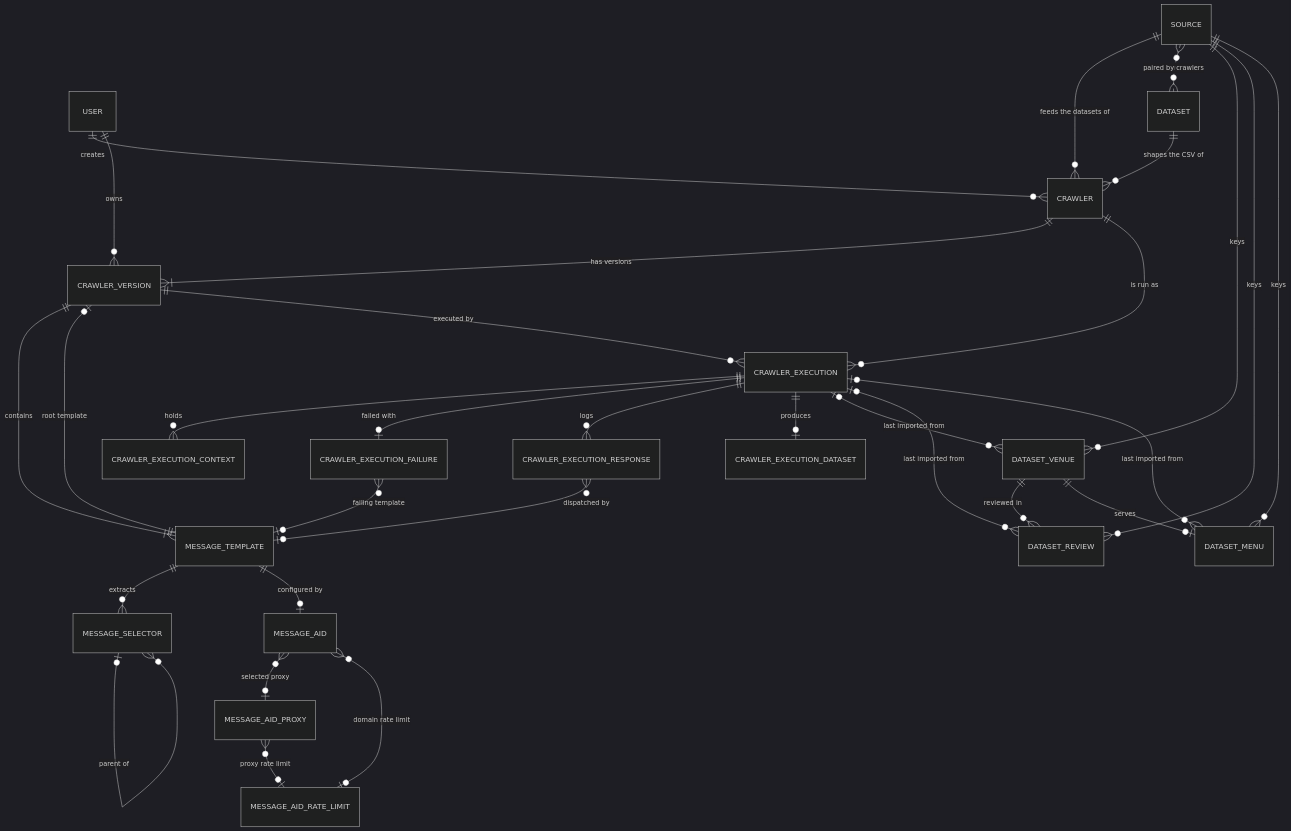
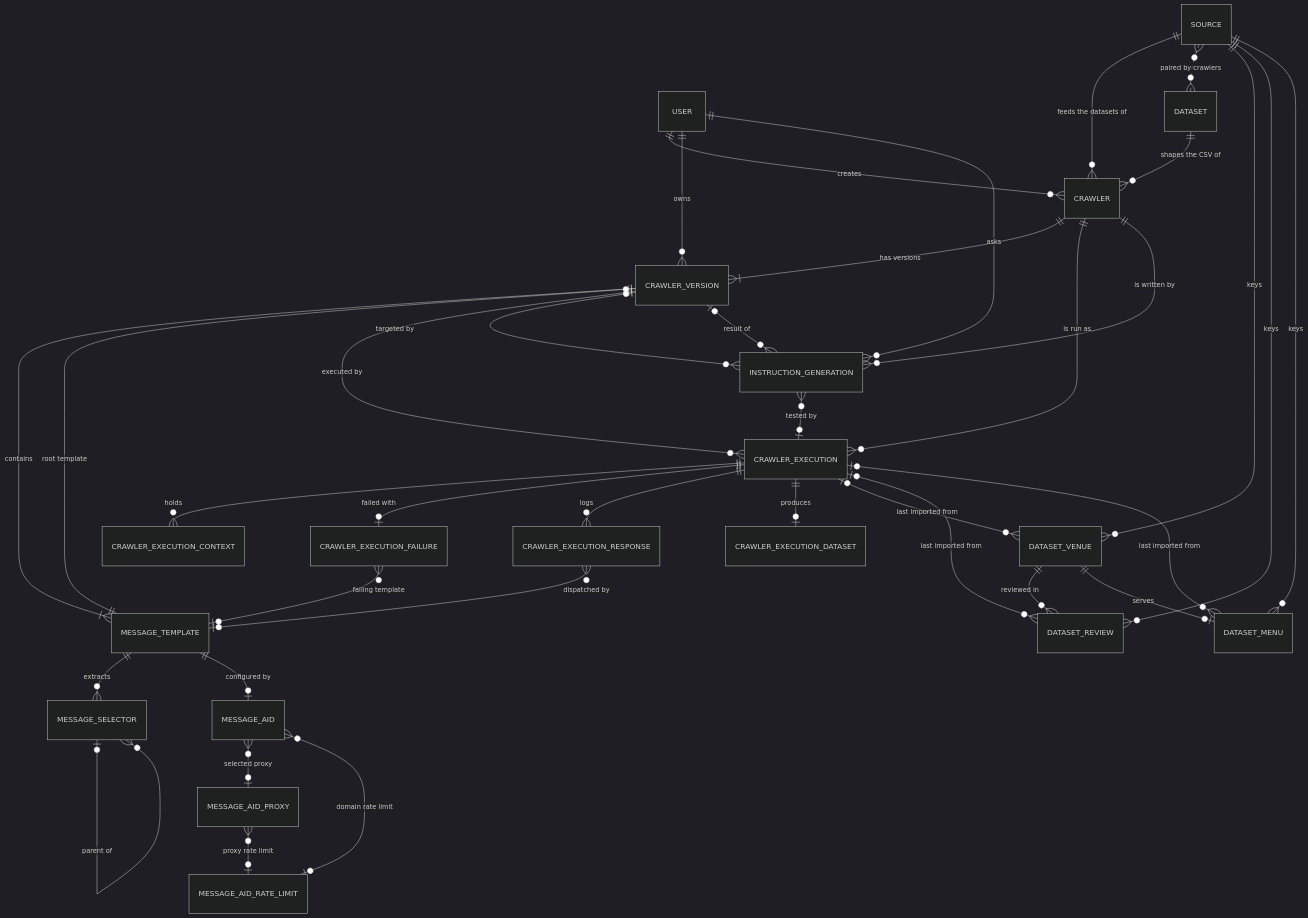
One commit to martiadrogue/night-crawler changed the diagram in docs/DOMAIN_MODEL.md. Above: the diagram before and after it, drawn with Mermaid (dark theme). The commit also changed other lines of this file and 342 other files, not shown here.

````diff
--- a/docs/DOMAIN_MODEL.md
+++ b/docs/DOMAIN_MODEL.md
@@ -70,33 +74,38 @@
 ```mermaid
 erDiagram
     USER ||--o{ CRAWLER : creates
     SOURCE ||--o{ CRAWLER : "feeds the datasets of"
     DATASET ||--o{ CRAWLER : "shapes the CSV of"
     SOURCE }o..o{ DATASET : "paired by crawlers"
     SOURCE ||--o{ DATASET_VENUE : keys
     SOURCE ||--o{ DATASET_REVIEW : keys
     SOURCE ||--o{ DATASET_MENU : keys
     USER ||--o{ CRAWLER_VERSION : owns
     CRAWLER ||--|{ CRAWLER_VERSION : "has versions"
     CRAWLER ||--o{ CRAWLER_EXECUTION : "is run as"
     CRAWLER_VERSION ||--|{ MESSAGE_TEMPLATE : contains
     CRAWLER_VERSION |o--|| MESSAGE_TEMPLATE : "root template"
     CRAWLER_VERSION ||--o{ CRAWLER_EXECUTION : "executed by"
     MESSAGE_TEMPLATE ||--o{ MESSAGE_SELECTOR : extracts
     MESSAGE_SELECTOR |o--o{ MESSAGE_SELECTOR : "parent of"
     MESSAGE_TEMPLATE ||--o| MESSAGE_AID : "configured by"
     MESSAGE_AID }o--o| MESSAGE_AID_PROXY : "selected proxy"
     MESSAGE_AID }o--o| MESSAGE_AID_RATE_LIMIT : "domain rate limit"
     MESSAGE_AID_PROXY }o--o| MESSAGE_AID_RATE_LIMIT : "proxy rate limit"
+    CRAWLER ||--o{ INSTRUCTION_GENERATION : "is written by"
+    USER ||--o{ INSTRUCTION_GENERATION : asks
+    CRAWLER_VERSION |o--o{ INSTRUCTION_GENERATION : "targeted by"
+    CRAWLER_VERSION |o--o{ INSTRUCTION_GENERATION : "result of"
+    INSTRUCTION_GENERATION }o--o| CRAWLER_EXECUTION : "tested by"
     CRAWLER_EXECUTION ||--o{ CRAWLER_EXECUTION_CONTEXT : holds
     CRAWLER_EXECUTION ||--o| CRAWLER_EXECUTION_FAILURE : "failed with"
     CRAWLER_EXECUTION ||--o{ CRAWLER_EXECUTION_RESPONSE : logs
     CRAWLER_EXECUTION ||--o| CRAWLER_EXECUTION_DATASET : produces
     CRAWLER_EXECUTION_FAILURE }o--o| MESSAGE_TEMPLATE : "failing template"
     CRAWLER_EXECUTION_RESPONSE }o--o| MESSAGE_TEMPLATE : "dispatched by"
     CRAWLER_EXECUTION |o--o{ DATASET_VENUE : "last imported from"
     CRAWLER_EXECUTION |o--o{ DATASET_REVIEW : "last imported from"
     CRAWLER_EXECUTION |o--o{ DATASET_MENU : "last imported from"
     DATASET_VENUE ||--o{ DATASET_REVIEW : "reviewed in"
     DATASET_VENUE ||--o| DATASET_MENU : "serves"
 ```
````
